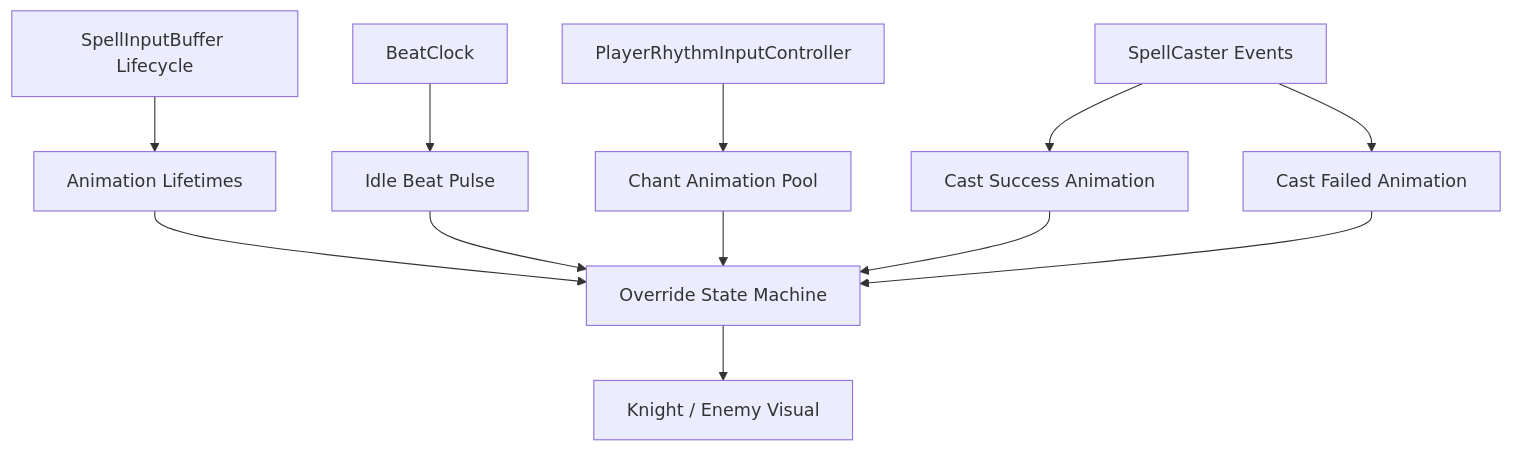
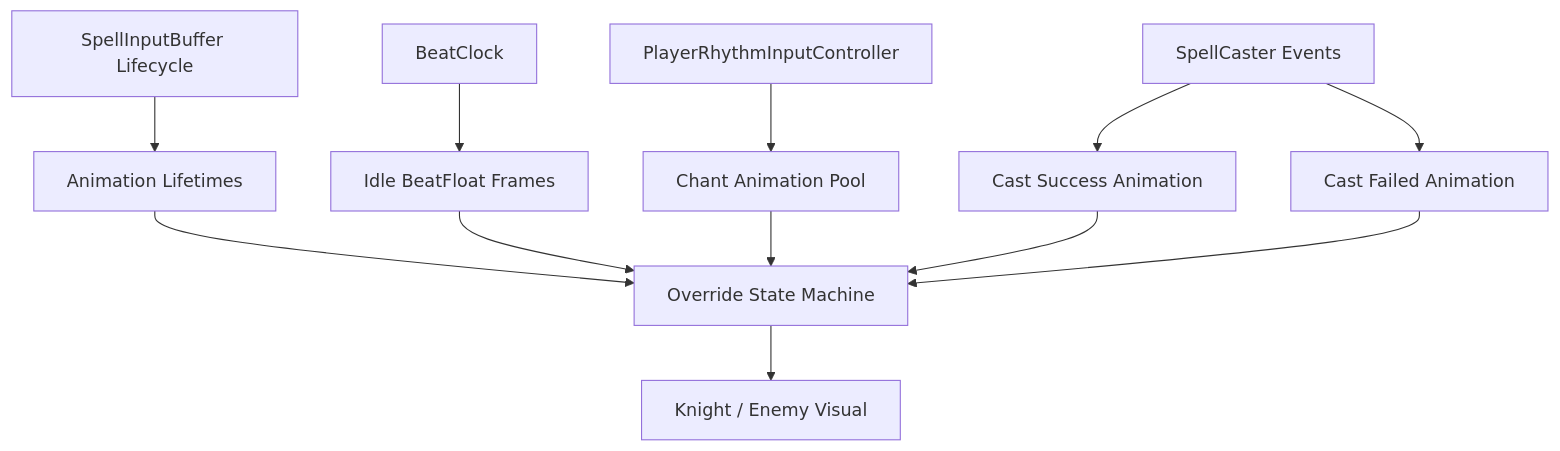
The diagram in .cursor/plans/玩家角色动画落地_4b509c4c.plan.md (linkbgame/BeatSpell_Demo), drawn with Mermaid before and after one commit. The commit also changed other lines of this file and 12 other files, not shown here.

````diff
--- a/.cursor/plans/玩家角色动画落地_4b509c4c.plan.md
+++ b/.cursor/plans/玩家角色动画落地_4b509c4c.plan.md
@@ -53,14 +53,14 @@
 ```mermaid
 flowchart TD
-  BeatClock["BeatClock"] --> IdlePulse["Idle Beat Pulse"]
+  BeatClock["BeatClock"] --> IdleSync["Idle BeatFloat Frames"]
   PlayerInput["PlayerRhythmInputController"] --> ChantAnim["Chant Animation Pool"]
   SpellCaster["SpellCaster Events"] --> CastSuccess["Cast Success Animation"]
   SpellCaster --> CastFailed["Cast Failed Animation"]
   SpellInputBuffer["SpellInputBuffer Lifecycle"] --> Lifecycle["Animation Lifetimes"]
   Lifecycle --> StateMachine["Override State Machine"]
-  IdlePulse --> StateMachine
+  IdleSync --> StateMachine
   ChantAnim --> StateMachine
   CastSuccess --> StateMachine
   CastFailed --> StateMachine
   StateMachine --> SpriteRenderer["Knight / Enemy Visual"]
 ```
````
